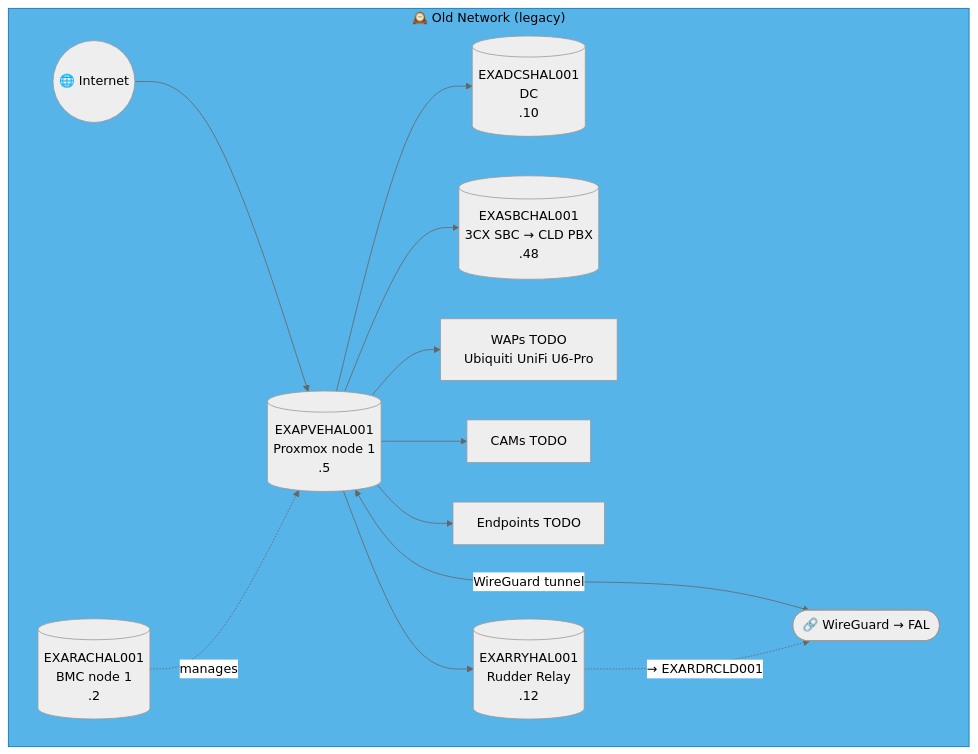
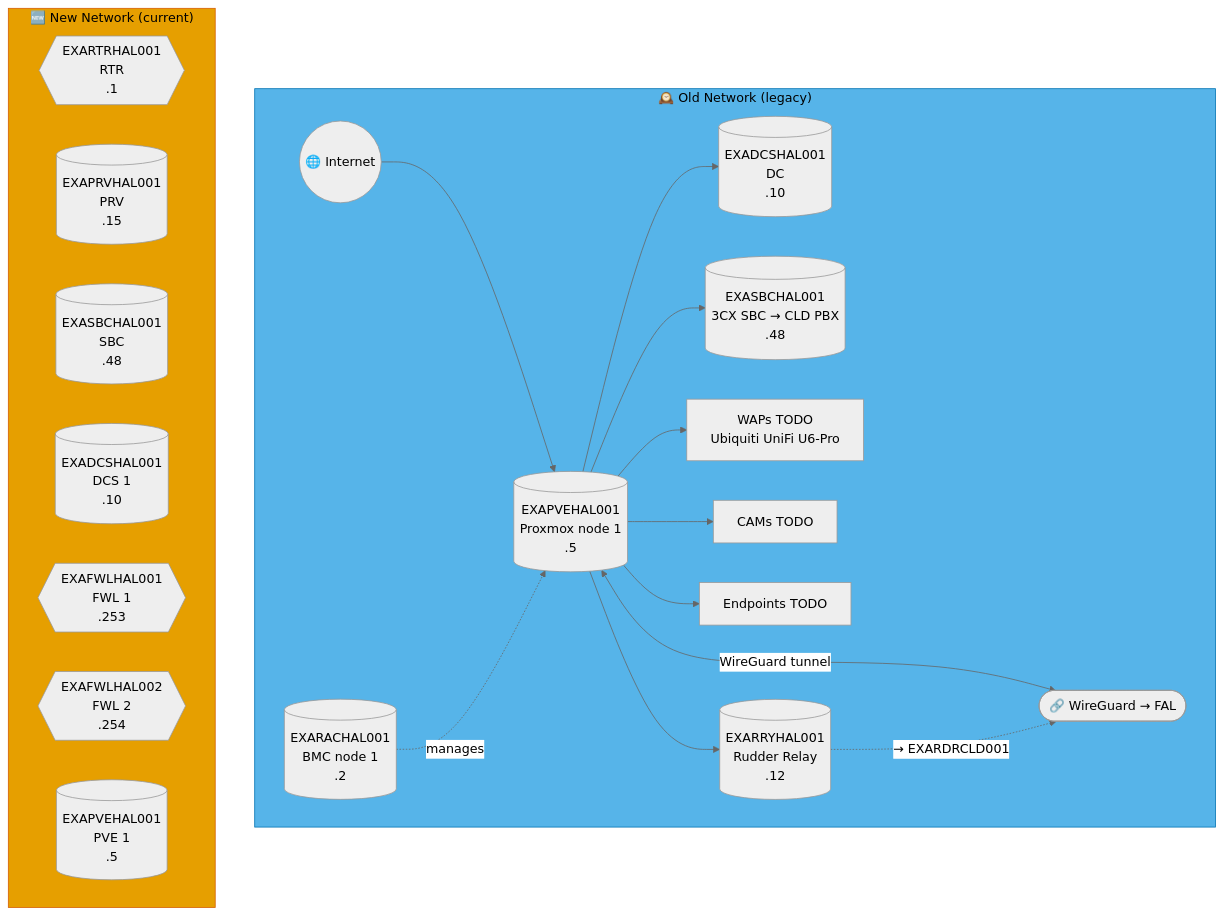
Before and after one commit to knightmare2600/example_music_infra: diagram 15 of 51 in docs/network-diagram.md, drawn with Mermaid (neutral theme). The commit also changed other lines of this file and 1 other file, not shown here.

````diff
--- a/docs/network-diagram.md
+++ b/docs/network-diagram.md
@@ -757,24 +1050,36 @@
 ```mermaid
 graph TD
     subgraph OLD_HAL ["🕰️ Old Network (legacy)"]
       INET(("🌐 Internet"))
       RAC[("EXARACHAL001<br/>BMC node 1<br/>.2")]
       PVE[("EXAPVEHAL001<br/>Proxmox node 1<br/>.5")]
       DC[("EXADCSHAL001<br/>DC<br/>.10")]
       SBC[("EXASBCHAL001<br/>3CX SBC → CLD PBX<br/>.48")]
       RRY[("EXARRYHAL001<br/>Rudder Relay<br/>.12")]
       WAP["WAPs TODO<br/>Ubiquiti UniFi U6-Pro"]
       CAM["CAMs TODO"]
       EP["Endpoints TODO"]
       VPN(["🔗 WireGuard → FAL"])
 
       INET --> PVE --> DC & SBC
       RAC -.->|"manages"| PVE
       PVE --> WAP & CAM & EP
       PVE <-->|"WireGuard tunnel"| VPN
 
       PVE --> RRY
       RRY -. "→ EXARDRCLD001" .-> VPN
     end
     style OLD_HAL fill:#56B4E9,stroke:#0072B2,color:#000000
+    %% GENERATED:NEW-NETWORK:HAL:START
+    subgraph NEW_HAL ["🆕 New Network (current)"]
+      N_RTR{{"EXARTRHAL001<br/>RTR<br/>.1"}}
+      N_PRV[("EXAPRVHAL001<br/>PRV<br/>.15")]
+      N_SBC[("EXASBCHAL001<br/>SBC<br/>.48")]
+      N_DCS[("EXADCSHAL001<br/>DCS 1<br/>.10")]
+      N_FWL{{"EXAFWLHAL001<br/>FWL 1<br/>.253"}}
+      N_FWL2{{"EXAFWLHAL002<br/>FWL 2<br/>.254"}}
+      N_PVE[("EXAPVEHAL001<br/>PVE 1<br/>.5")]
+    end
+    style NEW_HAL fill:#E69F00,stroke:#D55E00,color:#000000
+    %% GENERATED:NEW-NETWORK:HAL:END
 ```
````
